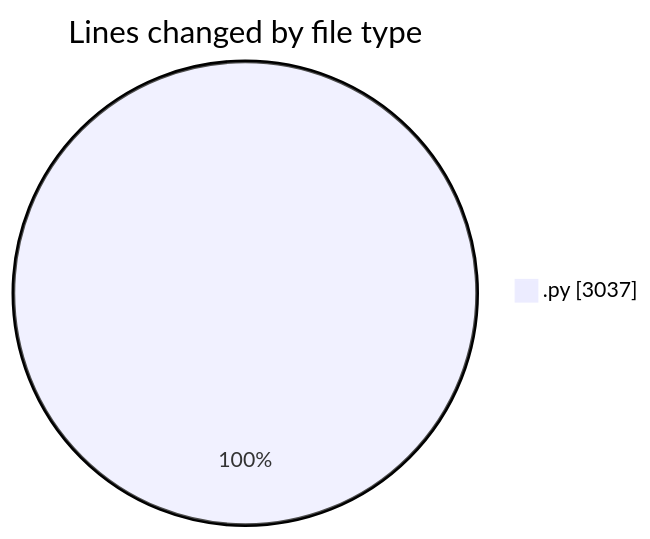
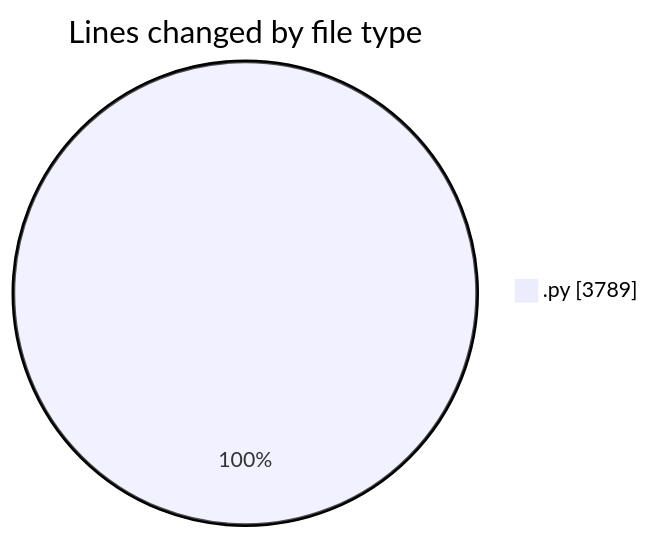
One commit to julien-gomy/code-tracking changed the first of 2 diagrams in 2025-10-08/eventscop-api-guide__workspace_/README.md. Above: the diagram before and after it, drawn with Mermaid. The commit also changed other lines of this file and 1 other file, not shown here.

````diff
--- a/2025-10-08/eventscop-api-guide__workspace_/README.md
+++ b/2025-10-08/eventscop-api-guide__workspace_/README.md
@@ -26,5 +27,5 @@
 ```mermaid
 pie showData
 title Lines changed by file type
-".py" : 3037
+".py" : 3789
 ```
````
